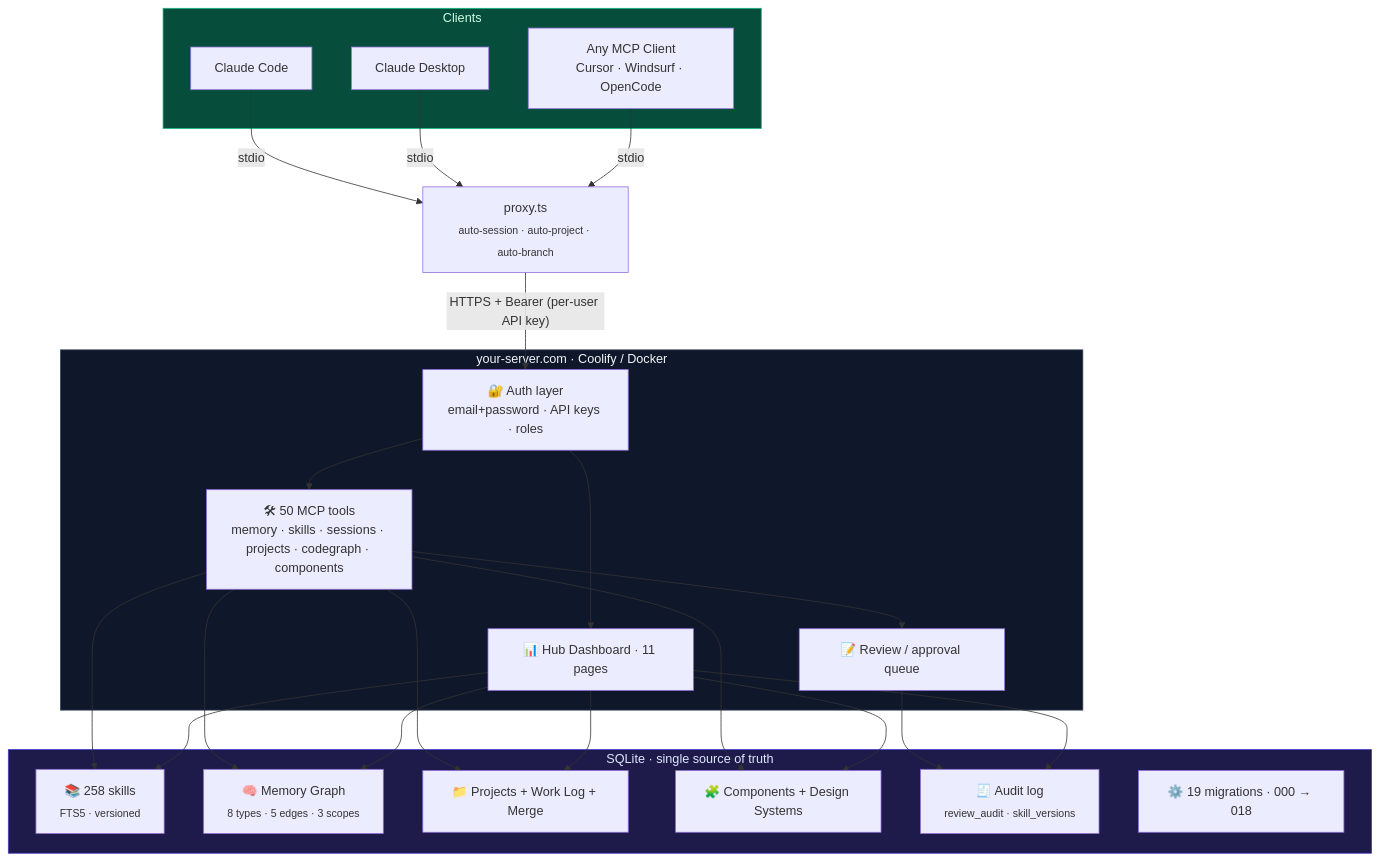
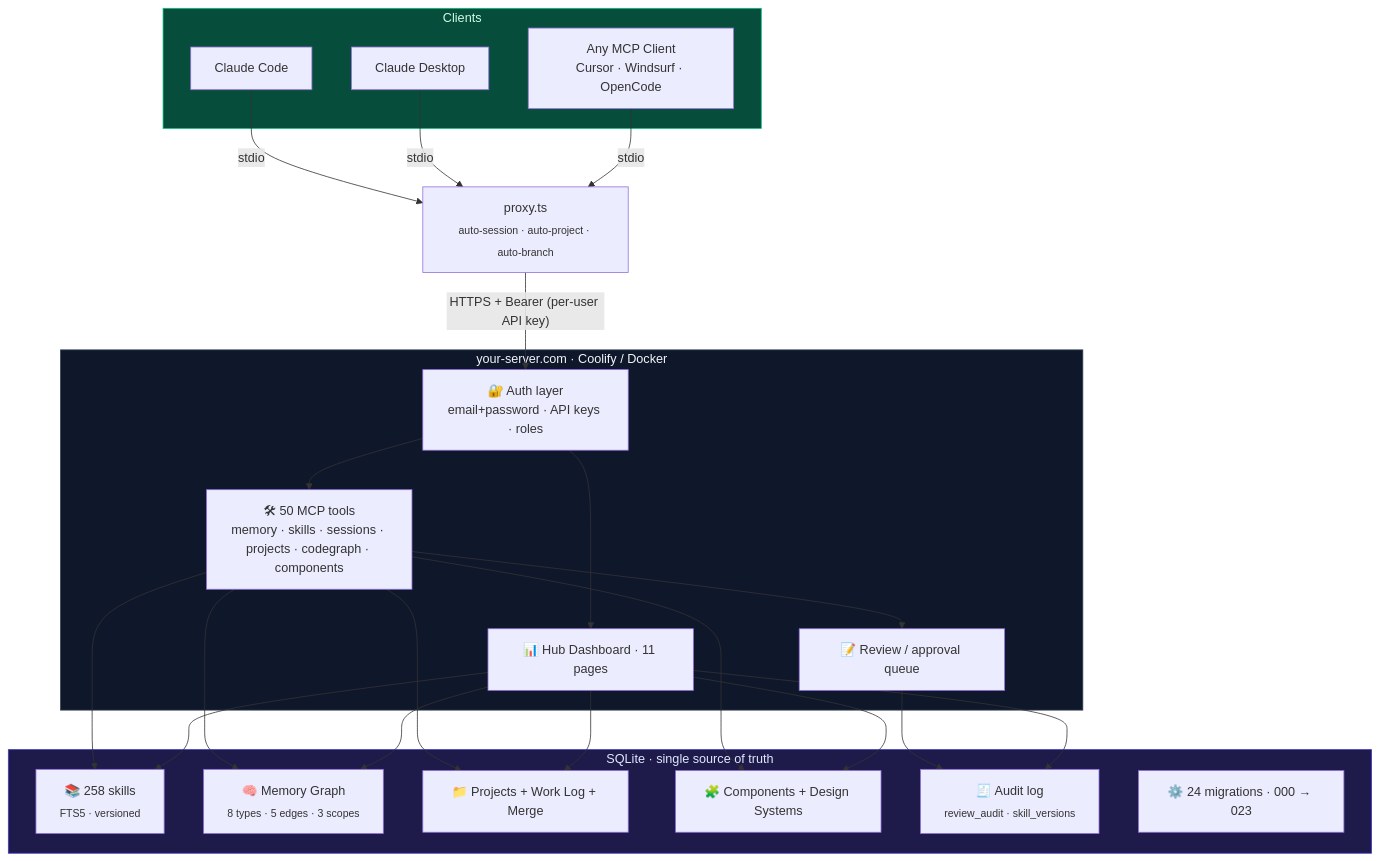
Before and after one commit to deve1993/skillbrain: the diagram in README.md, drawn with Mermaid. The commit also changed other lines of this file and 13 other files, not shown here.

````diff
--- a/README.md
+++ b/README.md
@@ -343,51 +352,51 @@
 ```mermaid
 flowchart TB
     subgraph Clients["Clients"]
         CC[Claude Code]
         CD[Claude Desktop]
         AM[Any MCP Client<br/>Cursor · Windsurf · OpenCode]
     end
 
     Proxy["proxy.ts<br/><sub>auto-session · auto-project · auto-branch</sub>"]
 
     subgraph Server["your-server.com · Coolify / Docker"]
         Auth["🔐 Auth layer<br/>email+password · API keys · roles"]
         Tools["🛠 50 MCP tools<br/>memory · skills · sessions · projects · codegraph · components"]
         Review["📝 Review / approval queue"]
         Hub["📊 Hub Dashboard · 11 pages"]
     end
 
     subgraph Storage["SQLite · single source of truth"]
         Skills["📚 258 skills<br/><sub>FTS5 · versioned</sub>"]
         Memory["🧠 Memory Graph<br/><sub>8 types · 5 edges · 3 scopes</sub>"]
         Projects["📁 Projects + Work Log + Merge"]
         Components["🧩 Components + Design Systems"]
         Audit["🧾 Audit log<br/><sub>review_audit · skill_versions</sub>"]
-        Migrations["⚙️ 19 migrations · 000 → 018"]
+        Migrations["⚙️ 24 migrations · 000 → 023"]
     end
 
     CC -- stdio --> Proxy
     CD -- stdio --> Proxy
     AM -- stdio --> Proxy
     Proxy -- "HTTPS + Bearer (per-user API key)" --> Auth
     Auth --> Tools
     Auth --> Hub
     Tools --> Review
     Tools --> Skills
     Tools --> Memory
     Tools --> Projects
     Tools --> Components
     Review --> Audit
     Hub --> Skills
     Hub --> Memory
     Hub --> Projects
     Hub --> Components
     Hub --> Audit
 
     classDef server fill:#0f172a,stroke:#334155,color:#f1f5f9
     classDef store fill:#1e1b4b,stroke:#4338ca,color:#e0e7ff
     classDef client fill:#064e3b,stroke:#10b981,color:#d1fae5
     class Server server
     class Storage store
     class Clients client
 ```
````
